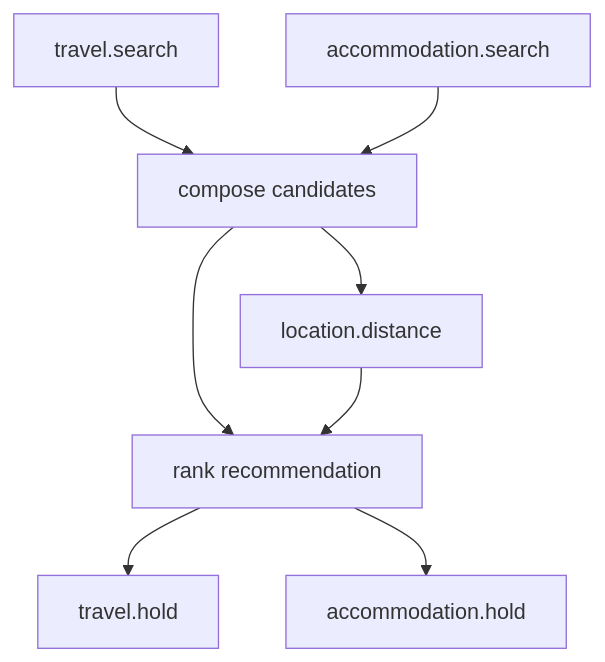
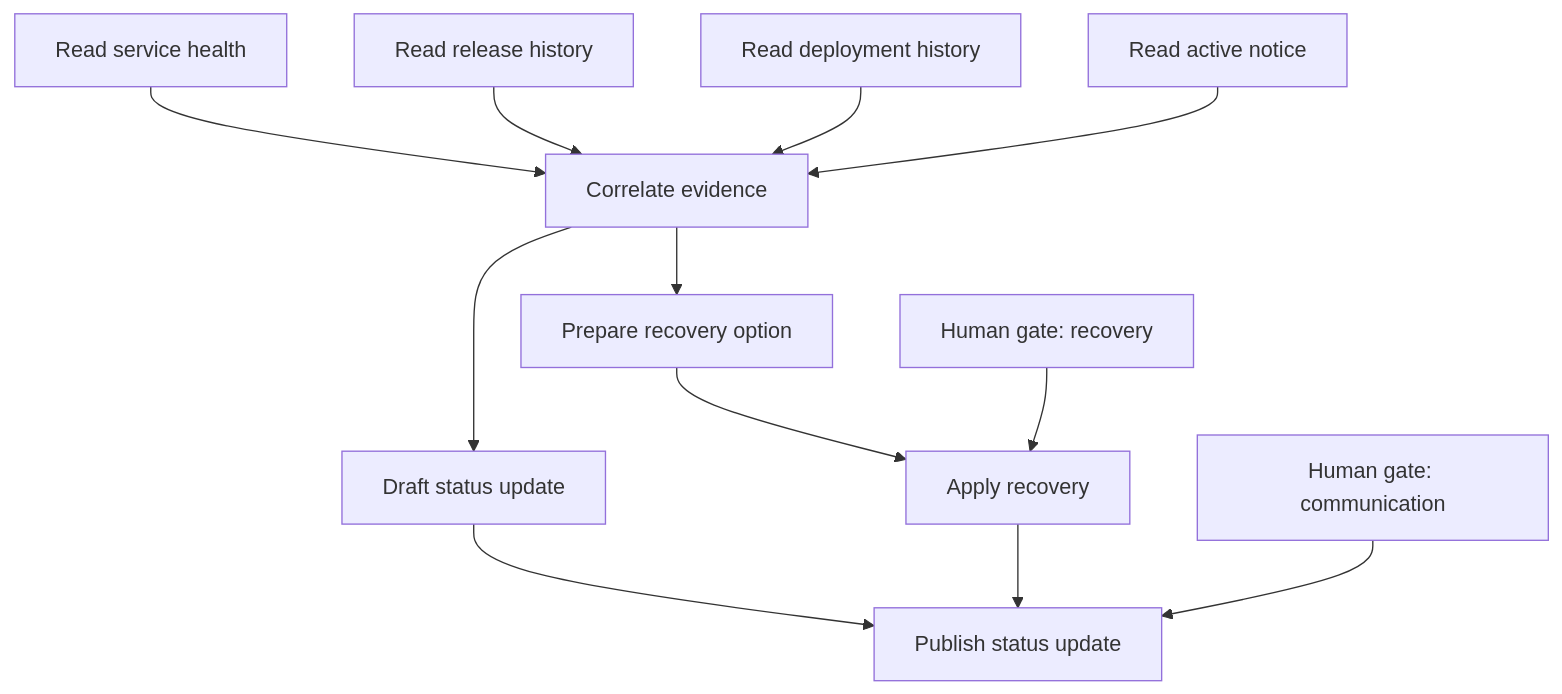
One commit to Maharajahu/toolbraid changed the diagram in docs/architecture.md. Above: the diagram before and after it, drawn with Mermaid. The commit also changed other lines of this file and 141 other files, not shown here.

````diff
--- a/docs/architecture.md
+++ b/docs/architecture.md
@@ -137,10 +72,14 @@
 ```mermaid
 flowchart TB
-  T[travel.search] --> C[compose candidates]
-  S[accommodation.search] --> C
-  C --> D[location.distance]
-  C --> R[rank recommendation]
-  D --> R
-  R --> TH[travel.hold]
-  R --> SH[accommodation.hold]
+  H[Read service health] --> C[Correlate evidence]
+  R[Read release history] --> C
+  D[Read deployment history] --> C
+  N[Read active notice] --> C
+  C --> P[Prepare recovery option]
+  C --> W[Draft status update]
+  P --> A[Apply recovery]
+  W --> S[Publish status update]
+  A --> S
+  G[Human gate: recovery] --> A
+  J[Human gate: communication] --> S
 ```
````
